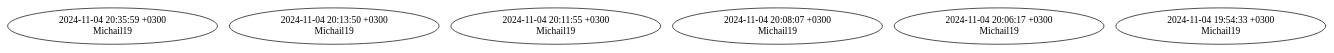
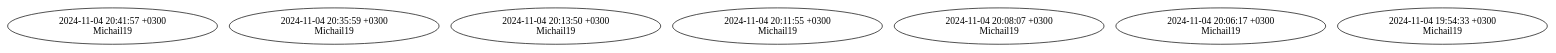
Before and after one commit to Michail19/HomeworkForKU2: the diagram in graph.dot, drawn with Graphviz. The commit also changed 2 other files, not shown here.

```diff
--- a/graph.dot
+++ b/graph.dot
@@ -1,8 +1,9 @@
 digraph G {
+    "6e5519de86204676ec1090770f51b928f61f6c24" [label="2024-11-04 20:41:57 +0300\nMichail19"];
     "370b81cb2696b5585780ff9c1359753ce070d8a6" [label="2024-11-04 20:35:59 +0300\nMichail19"];
     "6e44a9eccef9dc107c26c453559d669ebd84dbcc" [label="2024-11-04 20:13:50 +0300\nMichail19"];
     "46367f7de67175d5f03c9e8ae2067ac21fec0a92" [label="2024-11-04 20:11:55 +0300\nMichail19"];
     "49837d93d4a5fb59956aadbba3c262efa4b05267" [label="2024-11-04 20:08:07 +0300\nMichail19"];
     "1c911d746562f2b41f69b62a80a2f5a56168f865" [label="2024-11-04 20:06:17 +0300\nMichail19"];
     "27dfd2e4035db62bb239fdf60053539fa3b2f90f" [label="2024-11-04 19:54:33 +0300\nMichail19"];
 }
```
